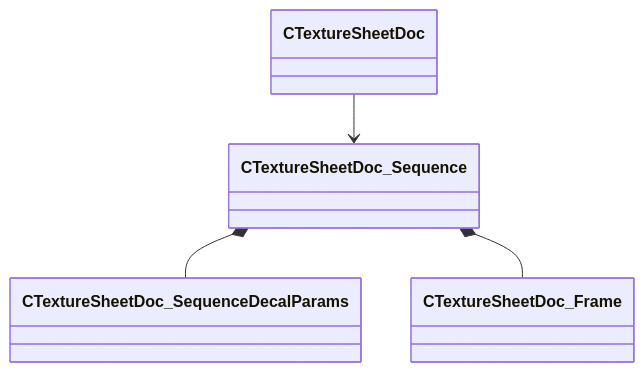
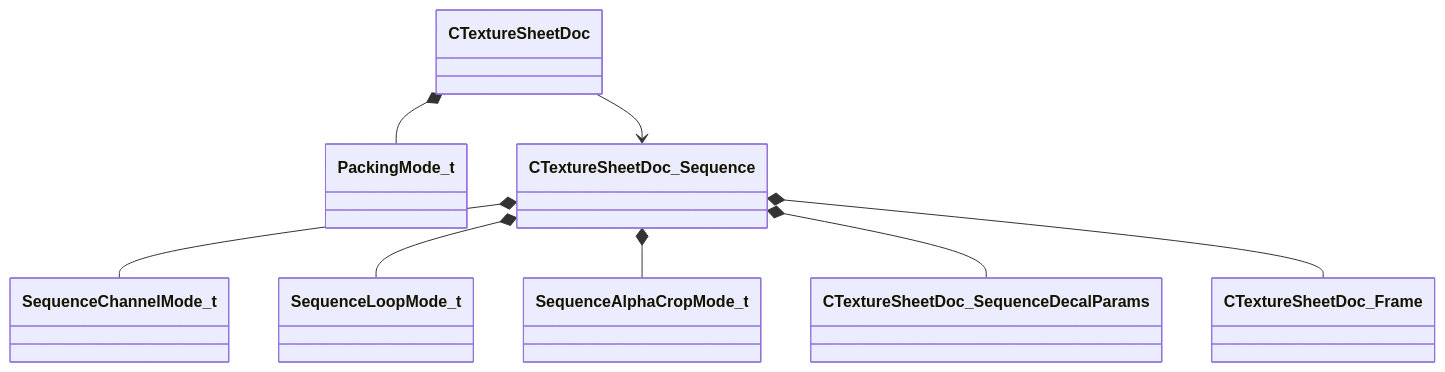
One commit to CS2OpenDev/CS2OpenDev-Docs changed the diagram in docs/generated/diagrams/texturelib.md. Above: the diagram before and after it, drawn with Mermaid. The commit also changed 2956 other files, not shown here.

````diff
--- a/docs/generated/diagrams/texturelib.md
+++ b/docs/generated/diagrams/texturelib.md
@@ -14,6 +14,10 @@
 ```mermaid
 classDiagram
+    CTextureSheetDoc *-- PackingMode_t
     CTextureSheetDoc --> CTextureSheetDoc_Sequence
+    CTextureSheetDoc_Sequence *-- SequenceChannelMode_t
+    CTextureSheetDoc_Sequence *-- SequenceLoopMode_t
+    CTextureSheetDoc_Sequence *-- SequenceAlphaCropMode_t
     CTextureSheetDoc_Sequence *-- CTextureSheetDoc_SequenceDecalParams
     CTextureSheetDoc_Sequence *-- CTextureSheetDoc_Frame
 ```
````
